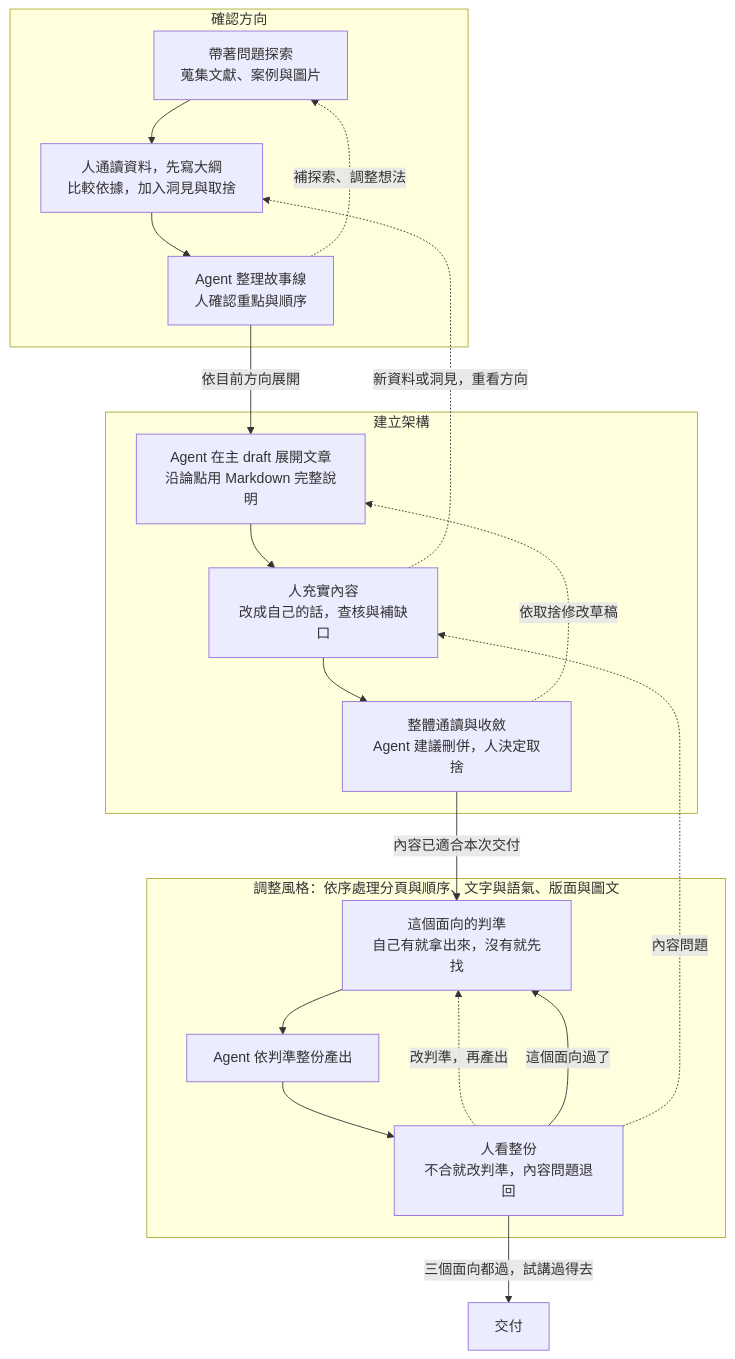
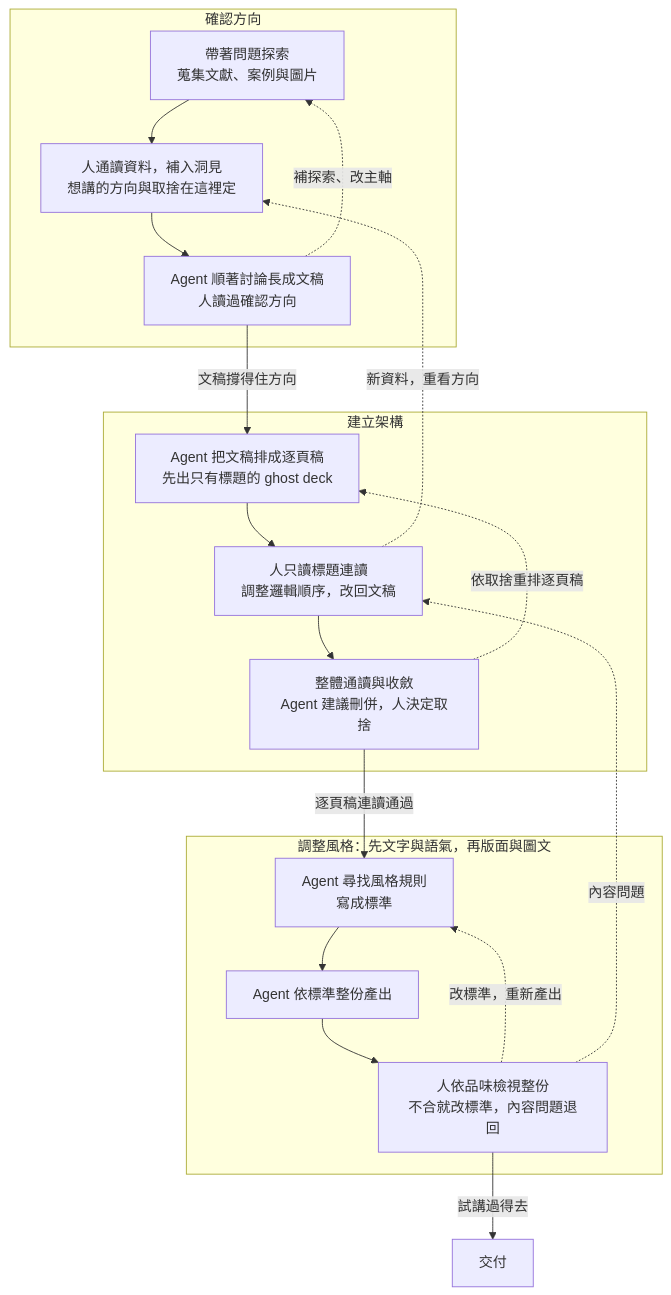
Before and after one commit to jimmy60504/agentic-knowledge-work: the diagram in drafts/02-week2-presentation-lesson-plan.md, drawn with Mermaid. The commit also changed other lines of this file and 13 other files, not shown here.

````diff
--- a/drafts/02-week2-presentation-lesson-plan.md
+++ b/drafts/02-week2-presentation-lesson-plan.md
@@ -57,29 +57,28 @@
 ```mermaid
 flowchart TD
     subgraph direction_loop["確認方向"]
-        A["帶著問題探索<br/>蒐集文獻、案例與圖片"] --> B["人通讀資料，先寫大綱<br/>比較依據，加入洞見與取捨"]
-        B --> C["Agent 整理故事線<br/>人確認重點與順序"]
-        C -. 補探索、調整想法 .-> A
+        A["帶著問題探索<br/>蒐集文獻、案例與圖片"] --> B["人通讀資料，補入洞見<br/>想講的方向與取捨在這裡定"]
+        B --> C["Agent 順著討論長成文稿<br/>人讀過確認方向"]
+        C -. 補探索、改主軸 .-> A
     end
 
-    C -->|依目前方向展開| D
+    C -->|文稿撐得住方向| D
 
     subgraph content_loop["建立架構"]
-        D["Agent 在主 draft 展開文章<br/>沿論點用 Markdown 完整說明"] --> E["人充實內容<br/>改成自己的話，查核與補缺口"]
+        D["Agent 把文稿排成逐頁稿<br/>先出只有標題的 ghost deck"] --> E["人只讀標題連讀<br/>調整邏輯順序，改回文稿"]
         E --> F["整體通讀與收斂<br/>Agent 建議刪併，人決定取捨"]
-        F -. 依取捨修改草稿 .-> D
+        F -. 依取捨重排逐頁稿 .-> D
     end
 
-    E -. 新資料或洞見，重看方向 .-> B
+    E -. 新資料，重看方向 .-> B
 
-    subgraph form_loop["調整風格：依序處理分頁與順序、文字與語氣、版面與圖文"]
-        I["這個面向的判準<br/>自己有就拿出來，沒有就先找"] --> J["Agent 依判準整份產出"]
-        J --> K["人看整份<br/>不合就改判準，內容問題退回"]
-        K -. 改判準，再產出 .-> I
-        K -->|這個面向過了| I
+    subgraph form_loop["調整風格：先文字與語氣，再版面與圖文"]
+        I["Agent 尋找風格規則<br/>寫成標準"] --> J["Agent 依標準整份產出"]
+        J --> K["人依品味檢視整份<br/>不合就改標準，內容問題退回"]
+        K -. 改標準，重新產出 .-> I
     end
 
-    F -->|內容已適合本次交付| I
+    F -->|逐頁稿連讀通過| I
     K -. 內容問題 .-> E
-    K -->|三個面向都過，試講過得去| L["交付"]
+    K -->|試講過得去| L["交付"]
 ```
````
